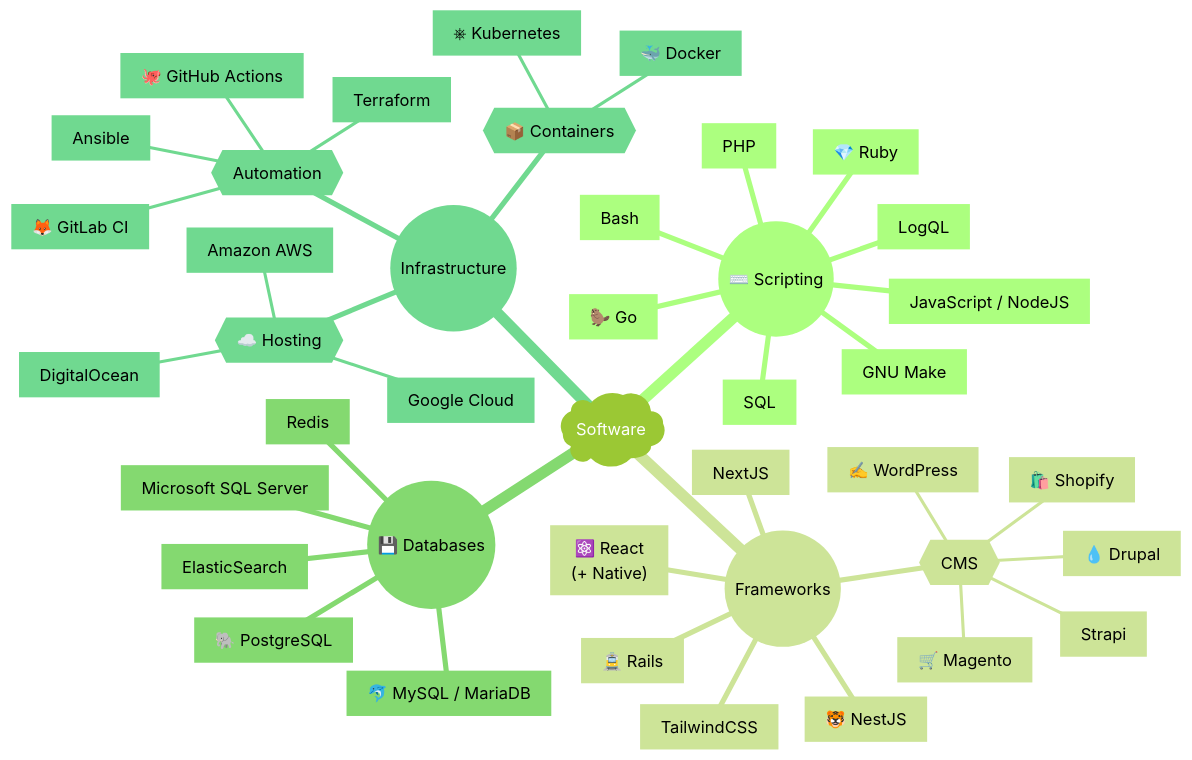
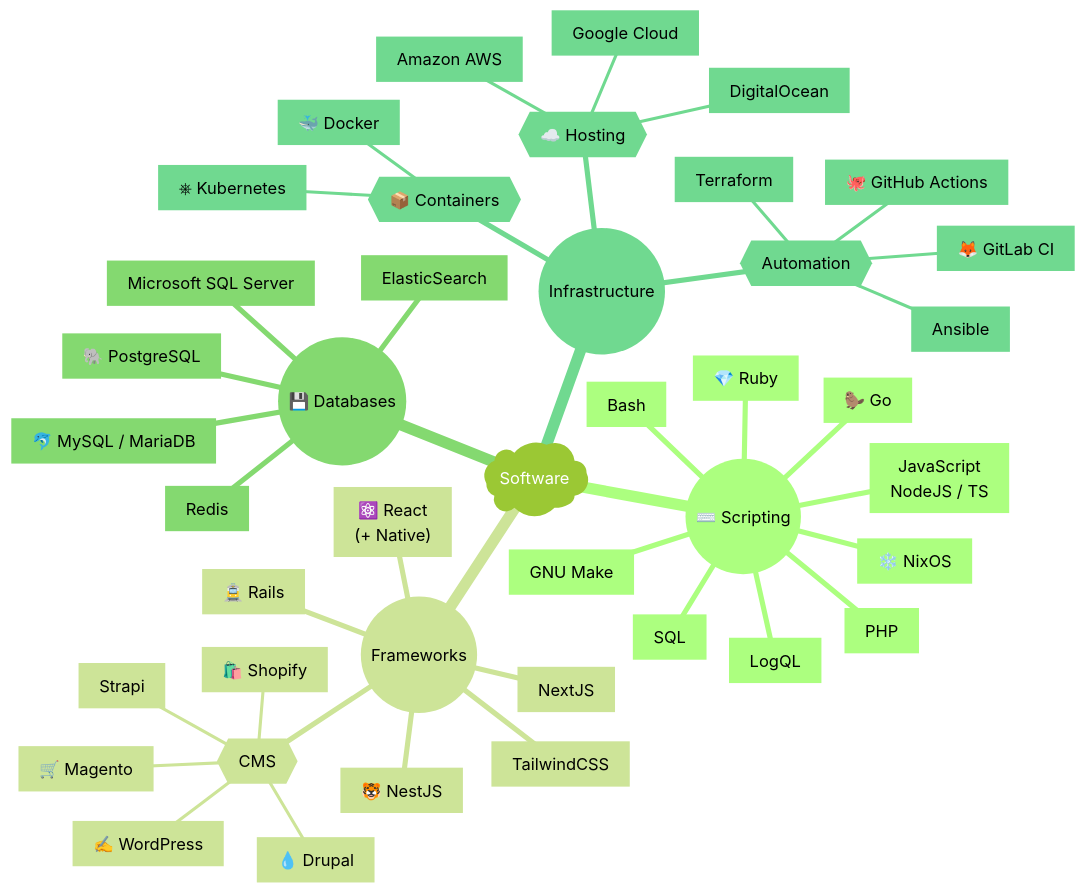
Before and after one commit to lstellway/lstellway: the diagram in README.md, drawn with Mermaid (forest theme). The commit also changed other lines of this file, not shown here.

````diff
--- a/README.md
+++ b/README.md
@@ -23,44 +8,45 @@
 ```mermaid
 mindmap
   root)Software(
     script((⌨️ Scripting))
       [🦫 Go]
       [💎 Ruby]
       [Bash]
       [PHP]
       [GNU Make]
       [SQL]
       [LogQL]
-      ["JavaScript / NodeJS"]
+      ["JavaScript<br />NodeJS / TS"]
+      [❄️ NixOS]
     ((Frameworks))
       [NextJS]
       [TailwindCSS]
       [🐯 NestJS]
       [🚊 Rails]
       ["⚛️ React<br />(+ Native)"]
       {{CMS}}
         [✍️ WordPress]
         [🛒 Magento]
         [Strapi]
         [💧 Drupal]
         [🛍️ Shopify]
     ((💾 Databases))
       [🐬 MySQL / MariaDB]
       [🐘 PostgreSQL]
       [Microsoft SQL Server]
       [Redis]
       [ElasticSearch]
     ((Infrastructure))
       {{📦 Containers}}
         [🐳 Docker]
         [⎈ Kubernetes]
       {{☁️ Hosting}}
         [DigitalOcean]
         [Google Cloud]
         [Amazon AWS]
       {{Automation}}
         [🐙 GitHub Actions]
         [🦊 GitLab CI]
         [Terraform]
         [Ansible]
 ```
````
